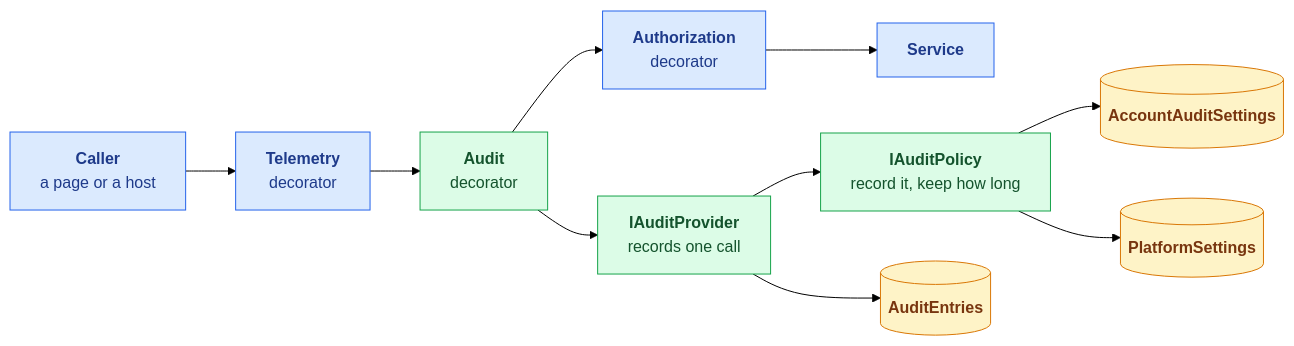
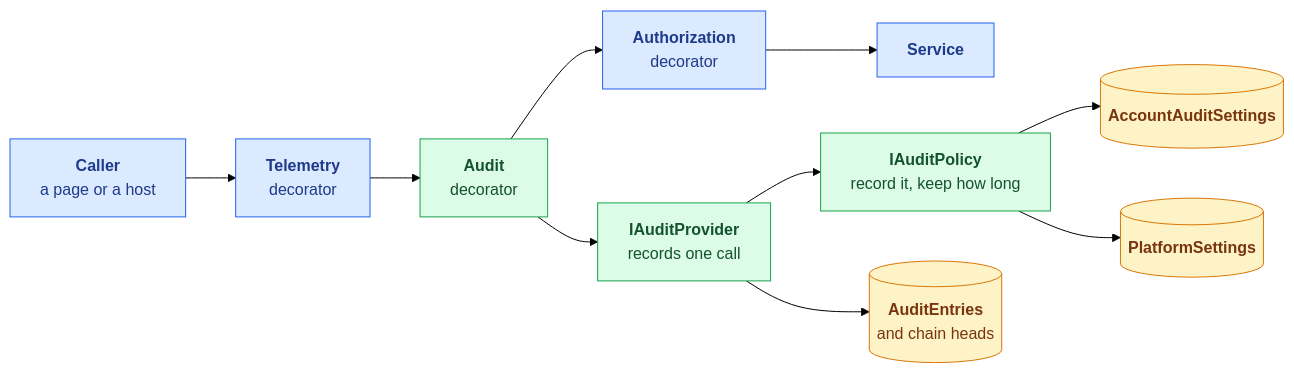
Before and after one commit to ultrabstrong/Corely.IAM: the first of 5 diagrams in Plans/auditing.md, drawn with Mermaid (forest theme). The commit also changed other lines of this file, not shown here.

First line of the commit message:
Settle audit visibility, best effort writes, names in details, platform cohorts, export cap and the hash chain

````diff
--- a/Plans/auditing.md
+++ b/Plans/auditing.md
@@ -28,27 +31,27 @@
 ```mermaid
 flowchart LR
     caller["<b>Caller</b><br/>a page or a host"]
     tel["<b>Telemetry</b><br/>decorator"]
     aud["<b>Audit</b><br/>decorator"]
     authz["<b>Authorization</b><br/>decorator"]
     svc["<b>Service</b>"]
     provider["<b>IAuditProvider</b><br/>records one call"]
     policy["<b>IAuditPolicy</b><br/>record it, keep how long"]
-    entries[("<b>AuditEntries</b>")]
+    entries[("<b>AuditEntries</b><br/>and chain heads")]
     acct[("<b>AccountAuditSettings</b>")]
     plat[("<b>PlatformSettings</b>")]
 
     caller --> tel --> aud --> authz --> svc
     aud --> provider
     provider --> entries
     provider --> policy
     policy --> acct
     policy --> plat
 
     classDef new fill:#dcfce7,stroke:#16a34a,color:#14532d
     classDef existing fill:#dbeafe,stroke:#2563eb,color:#1e3a8a
     classDef store fill:#fef3c7,stroke:#d97706,color:#78350f
     class aud,provider,policy new
     class caller,tel,authz,svc existing
     class entries,acct,plat store
 ```
````
